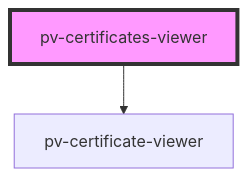
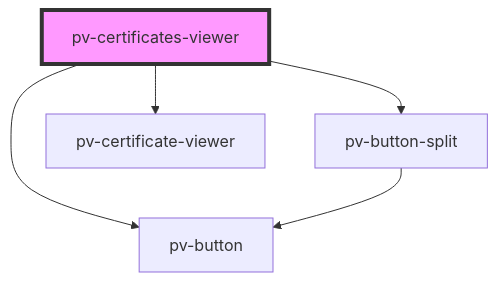
Before and after one commit to PeculiarVentures/pv-certificates-viewer: the diagram in src/components/certificates-viewer/readme.md, drawn with Mermaid. The commit also changed other lines of this file and 14 other files, not shown here.

````diff
--- a/src/components/certificates-viewer/readme.md
+++ b/src/components/certificates-viewer/readme.md
@@ -22,5 +24,8 @@
 ```mermaid
 graph TD;
+  pv-certificates-viewer --> pv-button
+  pv-certificates-viewer --> pv-button-split
   pv-certificates-viewer --> pv-certificate-viewer
+  pv-button-split --> pv-button
   style pv-certificates-viewer fill:#f9f,stroke:#333,stroke-width:4px
 ```
````
